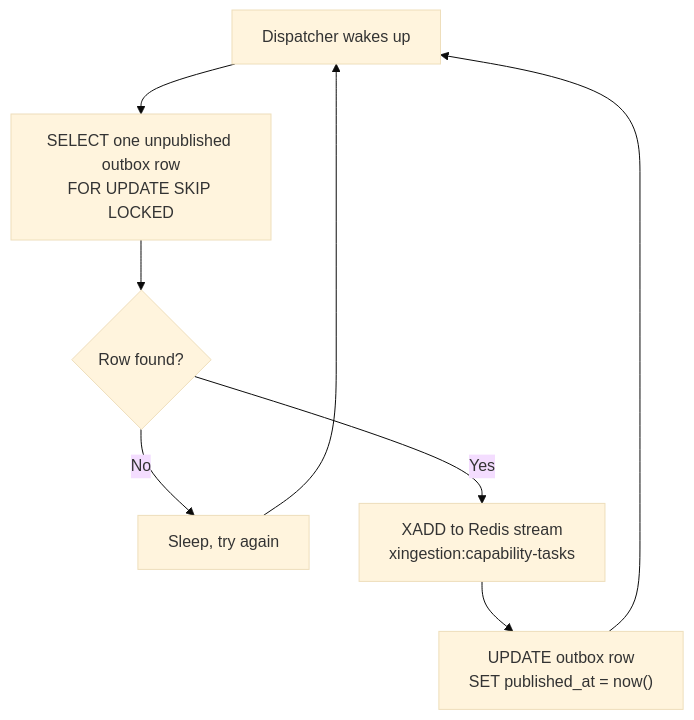
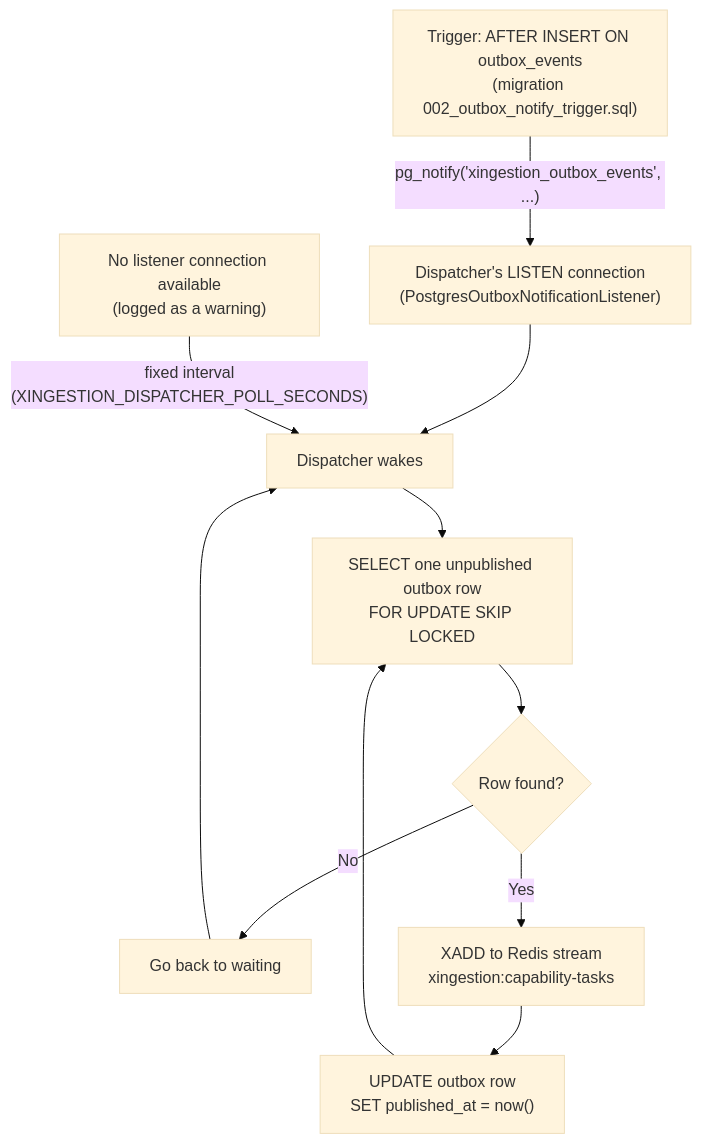
The fourth of 16 diagrams in docs/SYSTEM_FLOW.md (ahansardar/x-scraper), drawn with Mermaid (base theme) before and after one commit. The commit also changed other lines of this file and 3 other files, not shown here.

First line of the commit message:
Document PR #6: search-route monitoring and LISTEN/NOTIFY dispatch wakeups

````diff
--- a/docs/SYSTEM_FLOW.md
+++ b/docs/SYSTEM_FLOW.md
@@ -90,10 +90,13 @@
 ```mermaid
 flowchart TD
-    A[Dispatcher wakes up] --> B["SELECT one unpublished outbox row<br/>FOR UPDATE SKIP LOCKED"]
+    T["Trigger: AFTER INSERT ON outbox_events<br/>(migration 002_outbox_notify_trigger.sql)"] -->|"pg_notify('xingestion_outbox_events', ...)"| L["Dispatcher's LISTEN connection<br/>(PostgresOutboxNotificationListener)"]
+    L --> A[Dispatcher wakes]
+    S["No listener connection available<br/>(logged as a warning)"] -->|"fixed interval<br/>(XINGESTION_DISPATCHER_POLL_SECONDS)"| A
+    A --> B["SELECT one unpublished outbox row<br/>FOR UPDATE SKIP LOCKED"]
     B --> C{Row found?}
-    C -->|No| D[Sleep, try again]
+    C -->|No| D[Go back to waiting]
     C -->|Yes| E["XADD to Redis stream<br/>xingestion:capability-tasks"]
     E --> F["UPDATE outbox row<br/>SET published_at = now()"]
-    F --> A
+    F --> B
     D --> A
 ```
````
